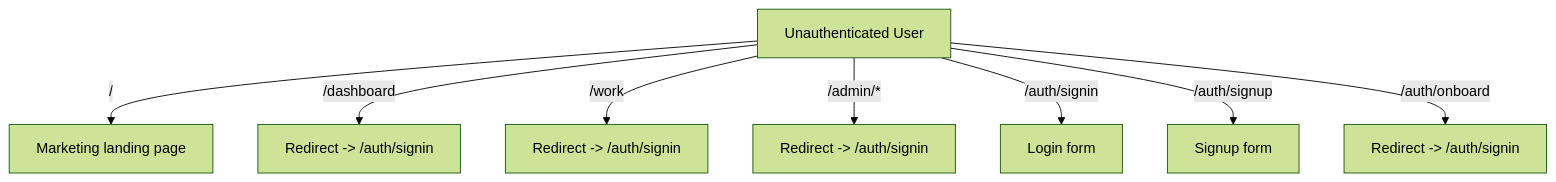
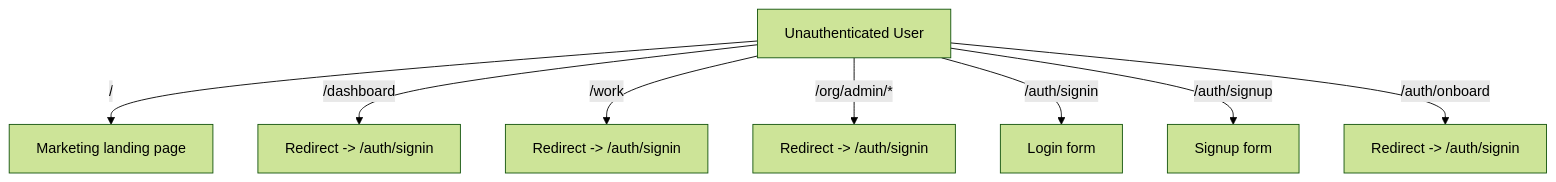
Diagram 14 of 16 in docs/auth-system.md (full-chaos/dev-health-web), drawn with Mermaid (forest theme) before and after one commit. The commit also changed other lines of this file and 14 other files, not shown here.

````diff
--- a/docs/auth-system.md
+++ b/docs/auth-system.md
@@ -450,10 +450,10 @@
 ```mermaid
 flowchart TD
     U[Unauthenticated User] -->|"/"| M[Marketing landing page]
     U -->|"/dashboard"| SI1[Redirect -> /auth/signin]
     U -->|"/work"| SI2[Redirect -> /auth/signin]
-    U -->|"/admin/*"| SI3[Redirect -> /auth/signin]
+    U -->|"/org/admin/*"| SI3[Redirect -> /auth/signin]
     U -->|"/auth/signin"| LF[Login form]
     U -->|"/auth/signup"| SF[Signup form]
     U -->|"/auth/onboard"| SI4[Redirect -> /auth/signin]
 ```
````
